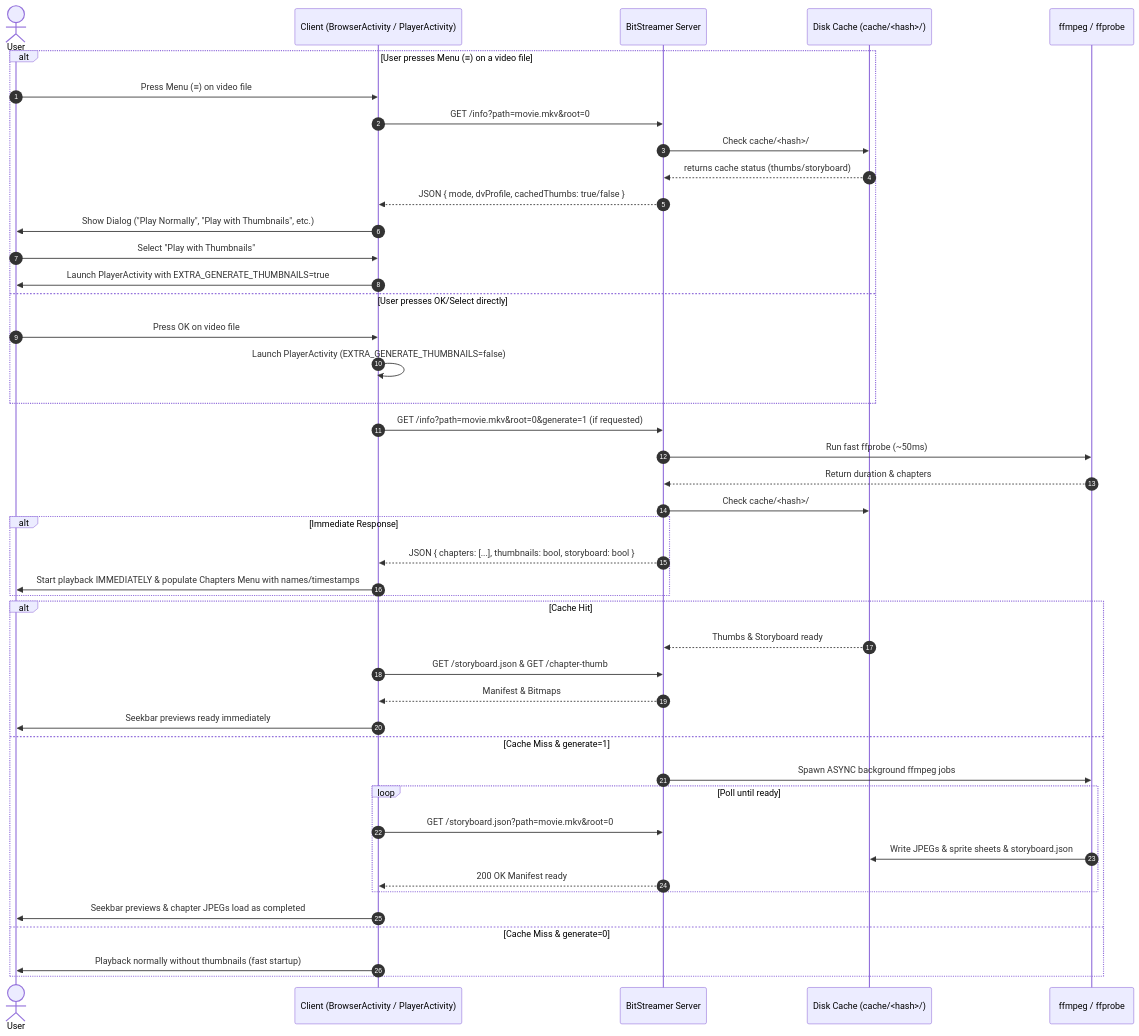
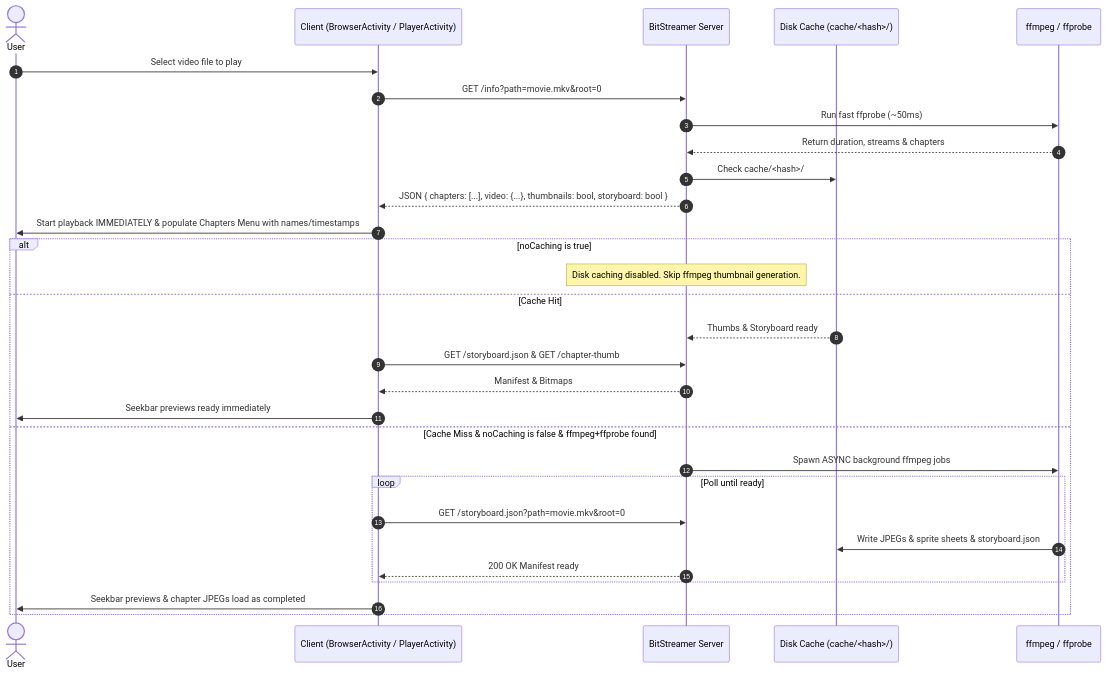
Before and after one commit to chaitanyasiddeshwar/BitStreamer: the diagram in docs/THUMBNAILS.md, drawn with Mermaid. The commit also changed other lines of this file, not shown here.

````diff
--- a/docs/THUMBNAILS.md
+++ b/docs/THUMBNAILS.md
@@ -149,50 +154,35 @@
 ```mermaid
 sequenceDiagram
     autonumber
     actor User
     participant App as Client (BrowserActivity / PlayerActivity)
     participant Server as BitStreamer Server
     participant Cache as Disk Cache (cache/<hash>/)
     participant FFmpeg as ffmpeg / ffprobe
 
-    alt User presses Menu (≡) on a video file
-        User->>App: Press Menu (≡) on video file
-        App->>Server: GET /info?path=movie.mkv&root=0
-        Server->>Cache: Check cache/<hash>/
-        Cache-->>Server: returns cache status (thumbs/storyboard)
-        Server-->>App: JSON { mode, dvProfile, cachedThumbs: true/false }
-        App->>User: Show Dialog ("Play Normally", "Play with Thumbnails", etc.)
-        User->>App: Select "Play with Thumbnails"
-        App->>User: Launch PlayerActivity with EXTRA_GENERATE_THUMBNAILS=true
-    else User presses OK/Select directly
-        User->>App: Press OK on video file
-        App->>App: Launch PlayerActivity (EXTRA_GENERATE_THUMBNAILS=false)
-    end
-
-    App->>Server: GET /info?path=movie.mkv&root=0&generate=1 (if requested)
+    User->>App: Select video file to play
+    App->>Server: GET /info?path=movie.mkv&root=0
     Server->>FFmpeg: Run fast ffprobe (~50ms)
-    FFmpeg-->>Server: Return duration & chapters
+    FFmpeg-->>Server: Return duration, streams & chapters
     Server->>Cache: Check cache/<hash>/
     
-    alt Immediate Response
-        Server-->>App: JSON { chapters: [...], thumbnails: bool, storyboard: bool }
-        App->>User: Start playback IMMEDIATELY & populate Chapters Menu with names/timestamps
-    end
+    Server-->>App: JSON { chapters: [...], video: {...}, thumbnails: bool, storyboard: bool }
+    App->>User: Start playback IMMEDIATELY & populate Chapters Menu with names/timestamps
 
-    alt Cache Hit
+    alt noCaching is true
+        Note over Server: Disk caching disabled. Skip ffmpeg thumbnail generation.
+    else Cache Hit
         Cache-->>Server: Thumbs & Storyboard ready
         App->>Server: GET /storyboard.json & GET /chapter-thumb
         Server-->>App: Manifest & Bitmaps
         App->>User: Seekbar previews ready immediately
-    else Cache Miss & generate=1
+    else Cache Miss & noCaching is false & ffmpeg+ffprobe found
         Server->>FFmpeg: Spawn ASYNC background ffmpeg jobs
         loop Poll until ready
             App->>Server: GET /storyboard.json?path=movie.mkv&root=0
             FFmpeg->>Cache: Write JPEGs & sprite sheets & storyboard.json
             Server-->>App: 200 OK Manifest ready
         end
         App->>User: Seekbar previews & chapter JPEGs load as completed
-    else Cache Miss & generate=0
-        App->>User: Playback normally without thumbnails (fast startup)
     end
 ```
````
